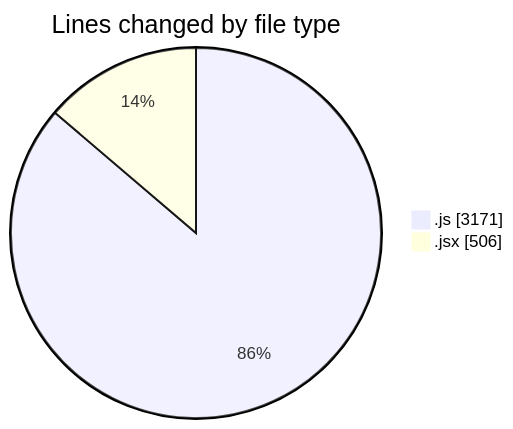
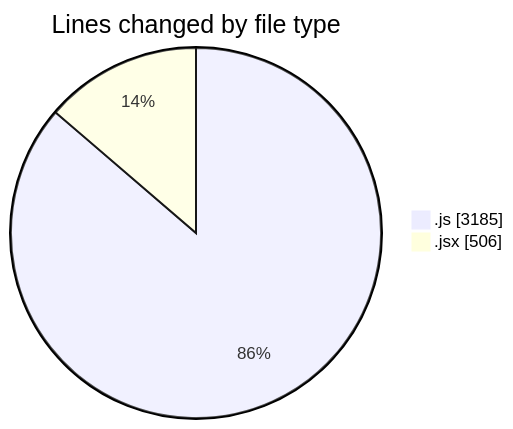
Before and after one commit to nxtqubesakshisongat/code-tracking: the first of 2 diagrams in 2025-07-27/nxtqube_webapp/README.md, drawn with Mermaid. The commit also changed other lines of this file and 1 other file, not shown here.

````diff
--- a/2025-07-27/nxtqube_webapp/README.md
+++ b/2025-07-27/nxtqube_webapp/README.md
@@ -27,6 +27,6 @@
 ```mermaid
 pie showData
 title Lines changed by file type
-".js" : 3171
+".js" : 3185
 ".jsx" : 506
 ```
````
